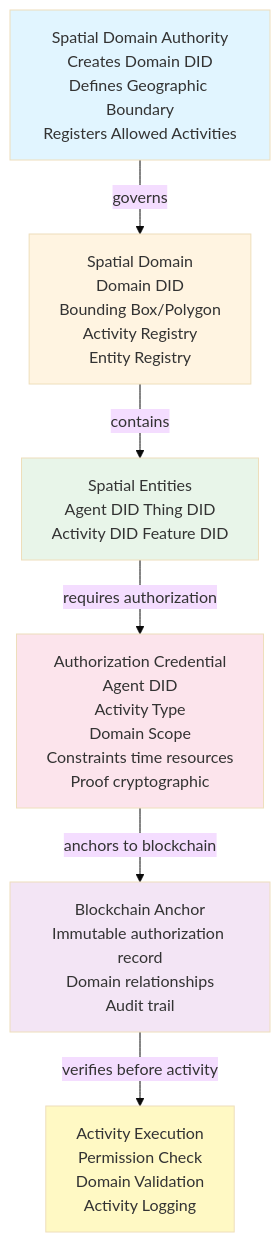
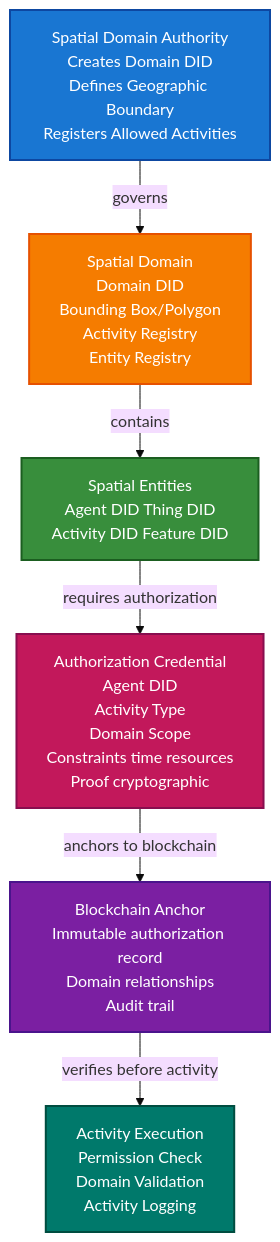
The diagram in docs/getting-started/spatial-web-authorization-scenario.md (geoknoesis/trustweave), drawn with Mermaid (base theme) before and after one commit. The commit also changed 16 other files, not shown here.

First line of the commit message:
docs: Improve Mermaid diagram contrast and add new scenarios

````diff
--- a/docs/getting-started/spatial-web-authorization-scenario.md
+++ b/docs/getting-started/spatial-web-authorization-scenario.md
@@ -113,15 +113,15 @@
 ```mermaid
 flowchart TD
     A[Spatial Domain Authority<br/>Creates Domain DID<br/>Defines Geographic Boundary<br/>Registers Allowed Activities] -->|governs| B[Spatial Domain<br/>Domain DID<br/>Bounding Box/Polygon<br/>Activity Registry<br/>Entity Registry]
     B -->|contains| C[Spatial Entities<br/>Agent DID Thing DID<br/>Activity DID Feature DID]
     C -->|requires authorization| D[Authorization Credential<br/>Agent DID<br/>Activity Type<br/>Domain Scope<br/>Constraints time resources<br/>Proof cryptographic]
     D -->|anchors to blockchain| E[Blockchain Anchor<br/>Immutable authorization record<br/>Domain relationships<br/>Audit trail]
     E -->|verifies before activity| F[Activity Execution<br/>Permission Check<br/>Domain Validation<br/>Activity Logging]
     
-    style A fill:#e1f5ff
-    style B fill:#fff4e1
-    style C fill:#e8f5e9
-    style D fill:#fce4ec
-    style E fill:#f3e5f5
-    style F fill:#fff9c4
+    style A fill:#1976d2,stroke:#0d47a1,stroke-width:2px,color:#fff
+    style B fill:#f57c00,stroke:#e65100,stroke-width:2px,color:#fff
+    style C fill:#388e3c,stroke:#1b5e20,stroke-width:2px,color:#fff
+    style D fill:#c2185b,stroke:#880e4f,stroke-width:2px,color:#fff
+    style E fill:#7b1fa2,stroke:#4a148c,stroke-width:2px,color:#fff
+    style F fill:#00796b,stroke:#004d40,stroke-width:2px,color:#fff
 ```
````
